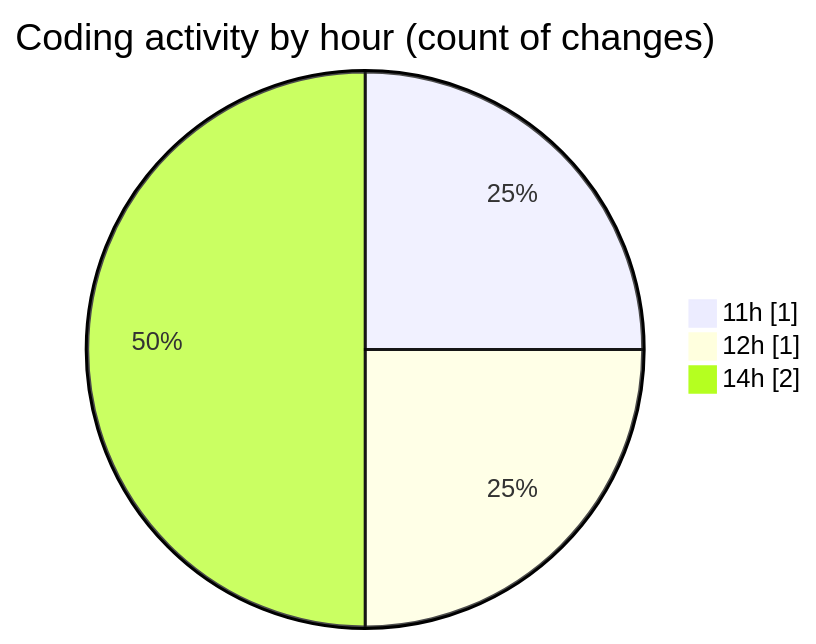
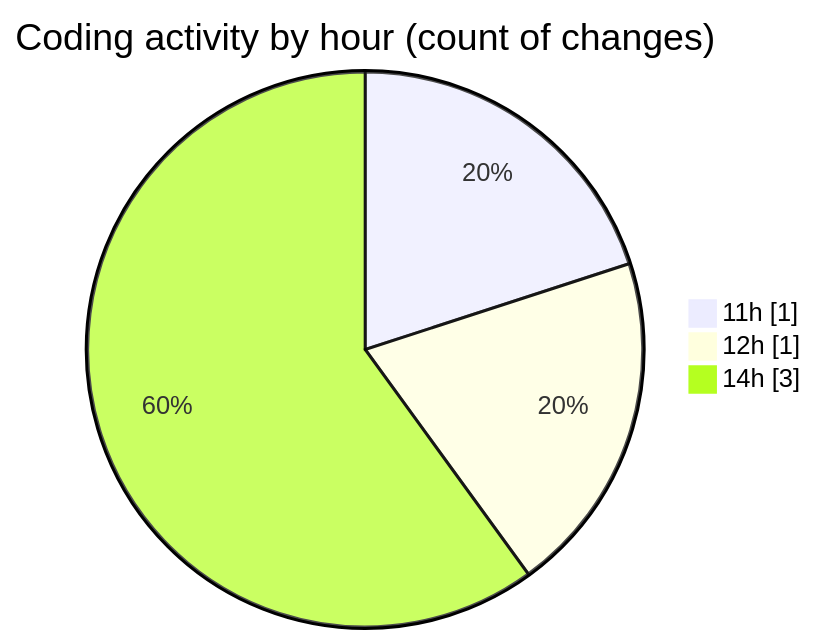
Before and after one commit to debugP/code-tracking: the second of 2 diagrams in 2026-07-30/untitled__workspace_/README.md, drawn with Mermaid. The commit also changed other lines of this file and 1 other file, not shown here.

````diff
--- a/2026-07-30/untitled__workspace_/README.md
+++ b/2026-07-30/untitled__workspace_/README.md
@@ -28,7 +28,7 @@
 ```mermaid
 pie showData
 title Coding activity by hour (count of changes)
 "11h" : 1
 "12h" : 1
-"14h" : 2
+"14h" : 3
 ```
````
